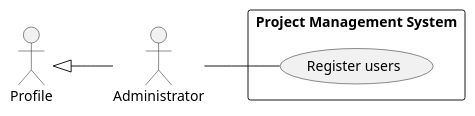
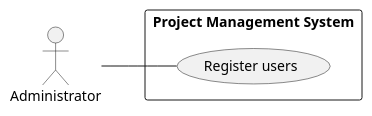
Before and after one commit to ivo-menezes/project_g3: the diagram in docs/modelling_design/user_stories/us002/US002_RegisterUserUCD.puml, drawn with PlantUML.

Commit message:
US002 : Analysis : Change in UCD

```diff
--- a/docs/modelling_design/user_stories/us002/US002_RegisterUserUCD.puml
+++ b/docs/modelling_design/user_stories/us002/US002_RegisterUserUCD.puml
@@ -1,12 +1,11 @@
 @startuml
 
 left to right direction
 
-Profile <|-- :Administrator:
+"Administrator"
 
 rectangle "Project Management System"{
-:Administrator: as Administrator
 Administrator -- (Register users)
 }
 
 @enduml
```
